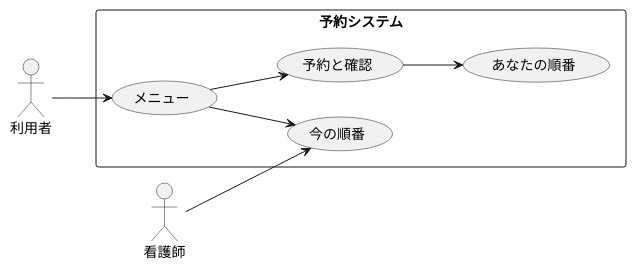
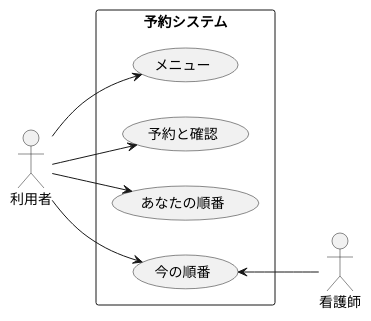
One commit to orenouserNamehaKawamura1/uml-introduction changed the diagram in 演習6-3_ユースケース図_診察予約システム.pu. Above: the diagram before and after it, drawn with PlantUML. The commit also changed 1 other file, not shown here.

```diff
--- a/演習6-3_ユースケース図_診察予約システム.pu
+++ b/演習6-3_ユースケース図_診察予約システム.pu
@@ -1,16 +1,16 @@
 @startuml
 left to right direction
 actor 利用者 as user
 actor 看護師 as doctor
 rectangle 予約システム {
     usecase メニュー
     usecase 予約と確認
     usecase あなたの順番
     usecase 今の順番
 }
 user --> メニュー
-メニュー --> 予約と確認
-メニュー --> 今の順番
-予約と確認 --> あなたの順番
-doctor --> 今の順番
+user --> 予約と確認
+user --> 今の順番
+user --> あなたの順番
+今の順番 <-- doctor
 @enduml
```
